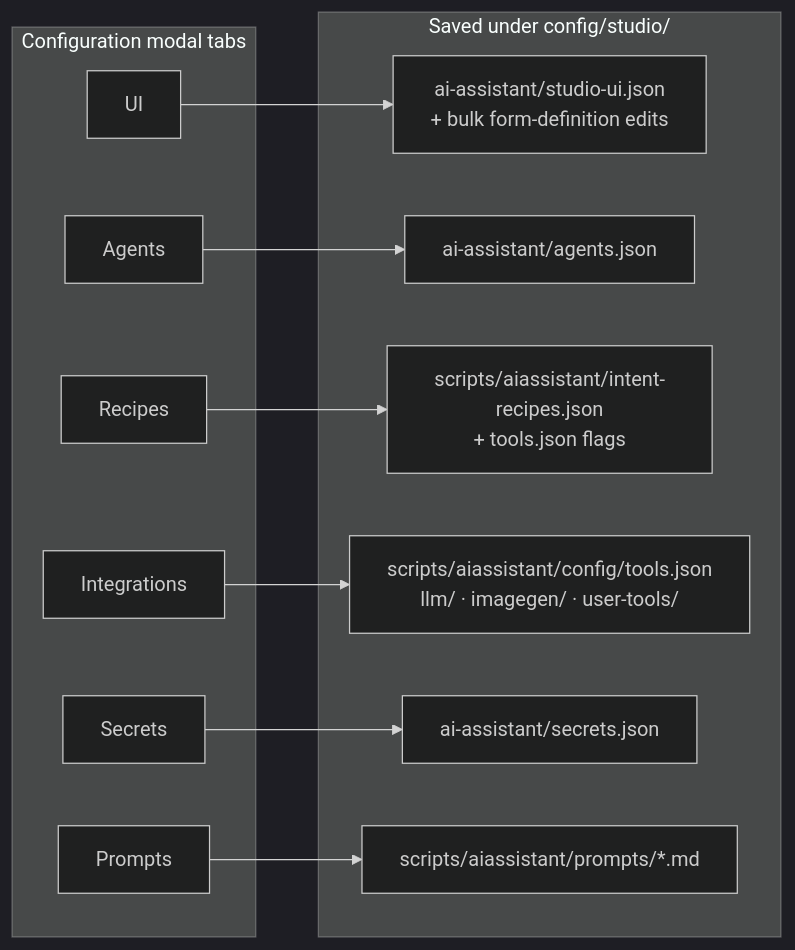
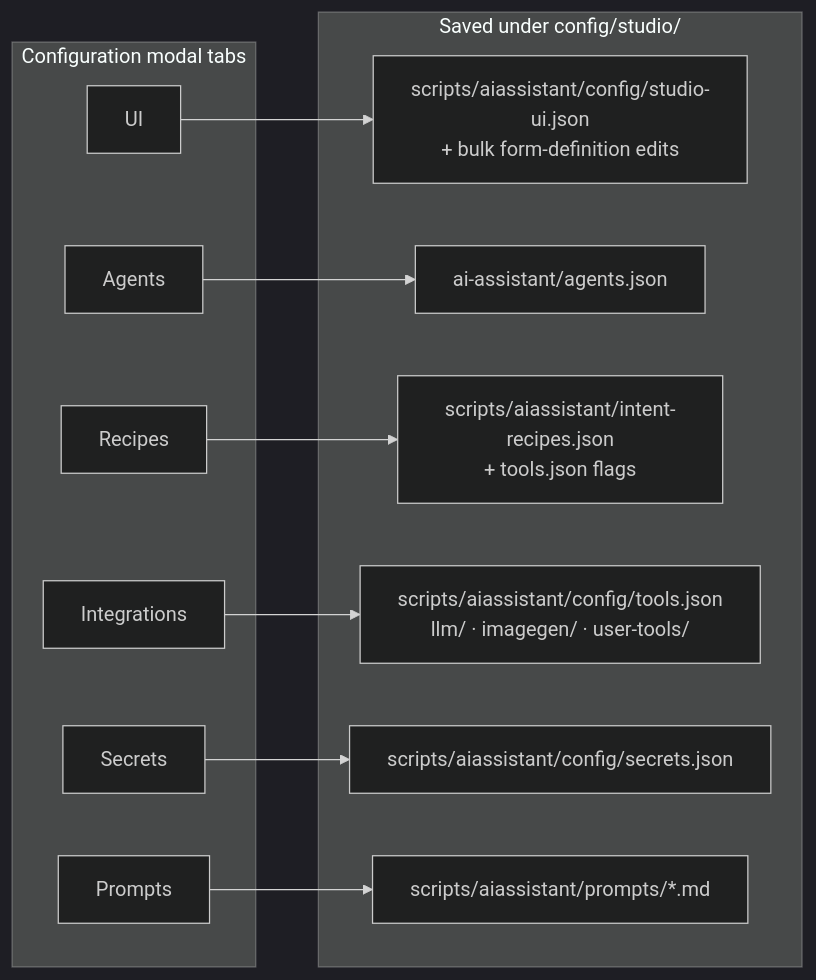
Before and after one commit to craftercms/ai-assistant-plugin: the fifth of 13 diagrams in docs/architecture-diagrams.md, drawn with Mermaid (dark theme). The commit also changed other lines of this file and 1 other file, not shown here.

First line of the commit message:
Fix architecture diagrams and spec paths to match runtime layout.

````diff
--- a/docs/architecture-diagrams.md
+++ b/docs/architecture-diagrams.md
@@ -225,27 +225,27 @@
 ```mermaid
 flowchart LR
   subgraph tabs["Configuration modal tabs"]
     T1[UI]
     T2[Agents]
     T3[Recipes]
     T4[Integrations]
     T5[Secrets]
     T6[Prompts]
   end
 
   subgraph paths["Saved under config/studio/"]
-    P1["ai-assistant/studio-ui.json\n+ bulk form-definition edits"]
+    P1["scripts/aiassistant/config/studio-ui.json\n+ bulk form-definition edits"]
     P2["ai-assistant/agents.json"]
     P3["scripts/aiassistant/intent-recipes.json\n+ tools.json flags"]
     P4["scripts/aiassistant/config/tools.json\nllm/ · imagegen/ · user-tools/"]
-    P5["ai-assistant/secrets.json"]
+    P5["scripts/aiassistant/config/secrets.json"]
     P6["scripts/aiassistant/prompts/*.md"]
   end
 
   T1 --> P1
   T2 --> P2
   T3 --> P3
   T4 --> P4
   T5 --> P5
   T6 --> P6
 ```
````
